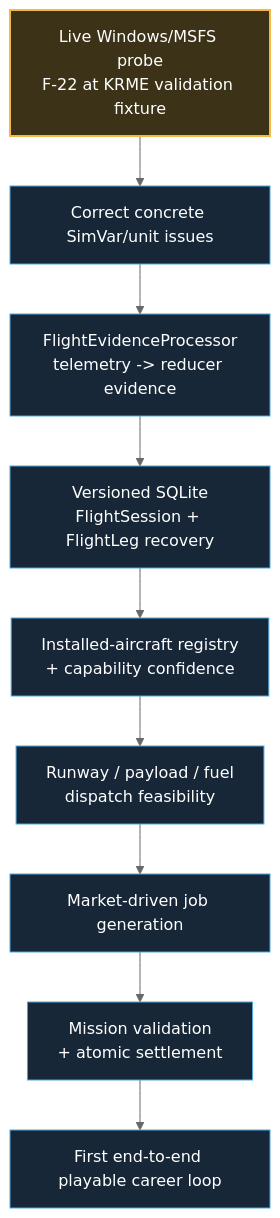
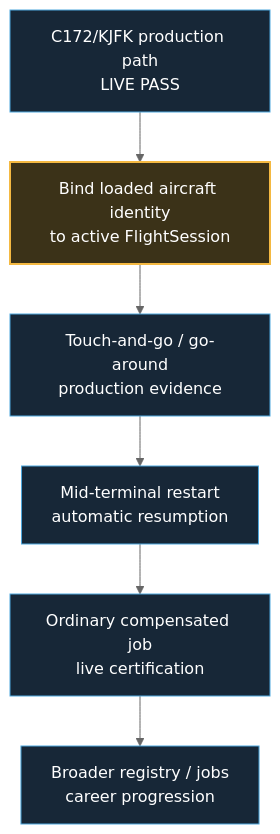
One commit to dhavalpddn-eng/OpenCareer changed the second of 2 diagrams in docs/development-master-checklist.md. Above: the diagram before and after it, drawn with Mermaid (neutral theme). The commit also changed other lines of this file and 3 other files, not shown here.

````diff
--- a/docs/development-master-checklist.md
+++ b/docs/development-master-checklist.md
@@ -54,16 +54,13 @@
 ```mermaid
 flowchart TD
-    A["Live Windows/MSFS probe<br/>F-22 at KRME validation fixture"] --> B["Correct concrete SimVar/unit issues"]
-    B --> C["FlightEvidenceProcessor<br/>telemetry -> reducer evidence"]
-    C --> D["Versioned SQLite<br/>FlightSession + FlightLeg recovery"]
-    D --> E["Installed-aircraft registry<br/>+ capability confidence"]
-    E --> F["Runway / payload / fuel<br/>dispatch feasibility"]
-    F --> G["Market-driven job generation"]
-    G --> H["Mission validation<br/>+ atomic settlement"]
-    H --> I["First end-to-end playable career loop"]
+    A["C172/KJFK production path<br/>LIVE PASS"] --> B["Bind loaded aircraft identity<br/>to active FlightSession"]
+    B --> C["Touch-and-go / go-around<br/>production evidence"]
+    C --> D["Mid-terminal restart<br/>automatic resumption"]
+    D --> E["Ordinary compensated job<br/>live certification"]
+    E --> F["Broader registry / jobs<br/>career progression"]
 
     classDef next fill:#3b3218,stroke:#F4B942,color:#fff,stroke-width:2px;
     classDef future fill:#172737,stroke:#4EA8DE,color:#fff,stroke-width:1px;
-    class A next;
-    class B,C,D,E,F,G,H,I future;
+    class B next;
+    class A,C,D,E,F future;
 ```
````
